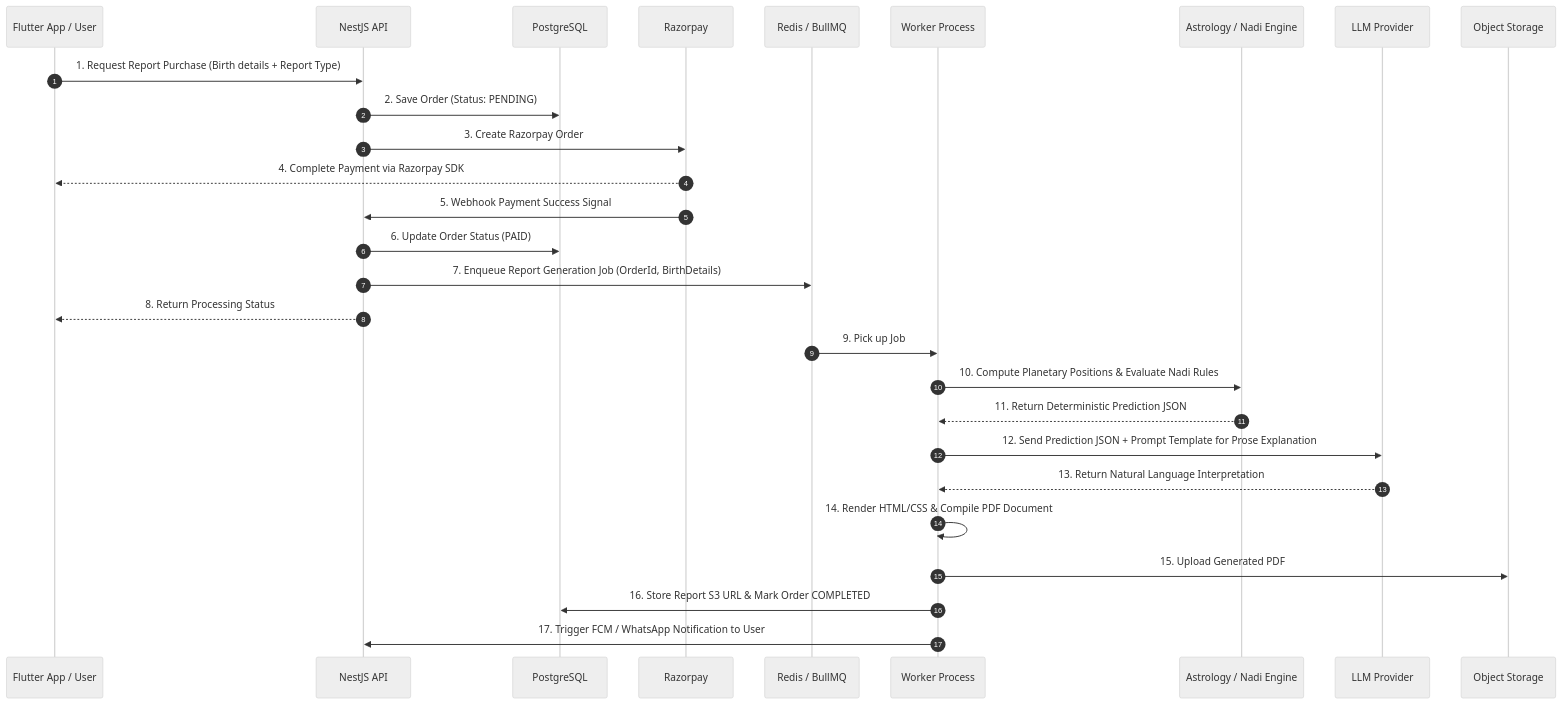
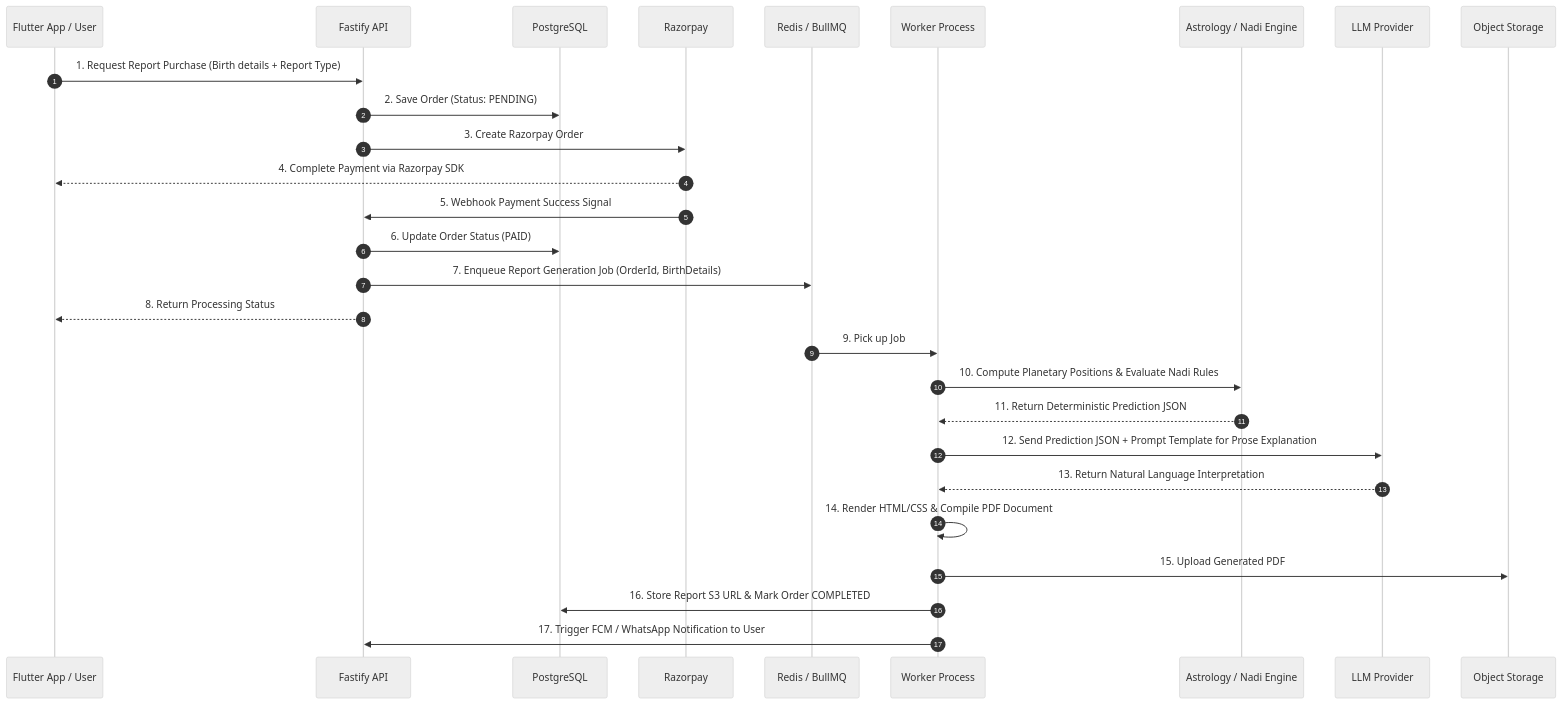
Before and after one commit to vedantsinggh/astrosushil: the second of 2 diagrams in docs/architecture.md, drawn with Mermaid (neutral theme). The commit also changed other lines of this file and 189 other files, not shown here.

````diff
--- a/docs/architecture.md
+++ b/docs/architecture.md
@@ -114,32 +114,32 @@
 ```mermaid
 sequenceDiagram
     autonumber
     participant User as Flutter App / User
-    participant API as NestJS API
+    participant API as Fastify API
     participant DB as PostgreSQL
     participant RPay as Razorpay
     participant Q as Redis / BullMQ
     participant W as Worker Process
     participant Astro as Astrology / Nadi Engine
     participant LLM as LLM Provider
     participant S3 as Object Storage
 
     User->>API: 1. Request Report Purchase (Birth details + Report Type)
     API->>DB: 2. Save Order (Status: PENDING)
     API->>RPay: 3. Create Razorpay Order
     RPay-->>User: 4. Complete Payment via Razorpay SDK
     RPay->>API: 5. Webhook Payment Success Signal
     API->>DB: 6. Update Order Status (PAID)
     API->>Q: 7. Enqueue Report Generation Job (OrderId, BirthDetails)
     API-->>User: 8. Return Processing Status
 
     Q->>W: 9. Pick up Job
     W->>Astro: 10. Compute Planetary Positions & Evaluate Nadi Rules
     Astro-->>W: 11. Return Deterministic Prediction JSON
     W->>LLM: 12. Send Prediction JSON + Prompt Template for Prose Explanation
     LLM-->>W: 13. Return Natural Language Interpretation
     W->>W: 14. Render HTML/CSS & Compile PDF Document
     W->>S3: 15. Upload Generated PDF
     W->>DB: 16. Store Report S3 URL & Mark Order COMPLETED
     W->>API: 17. Trigger FCM / WhatsApp Notification to User
 ```
````
